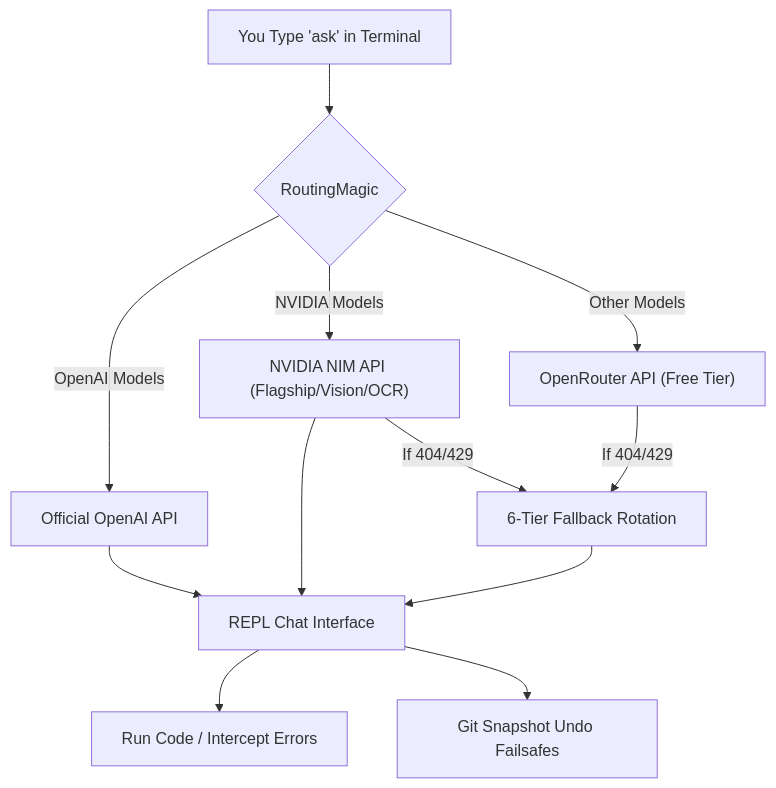
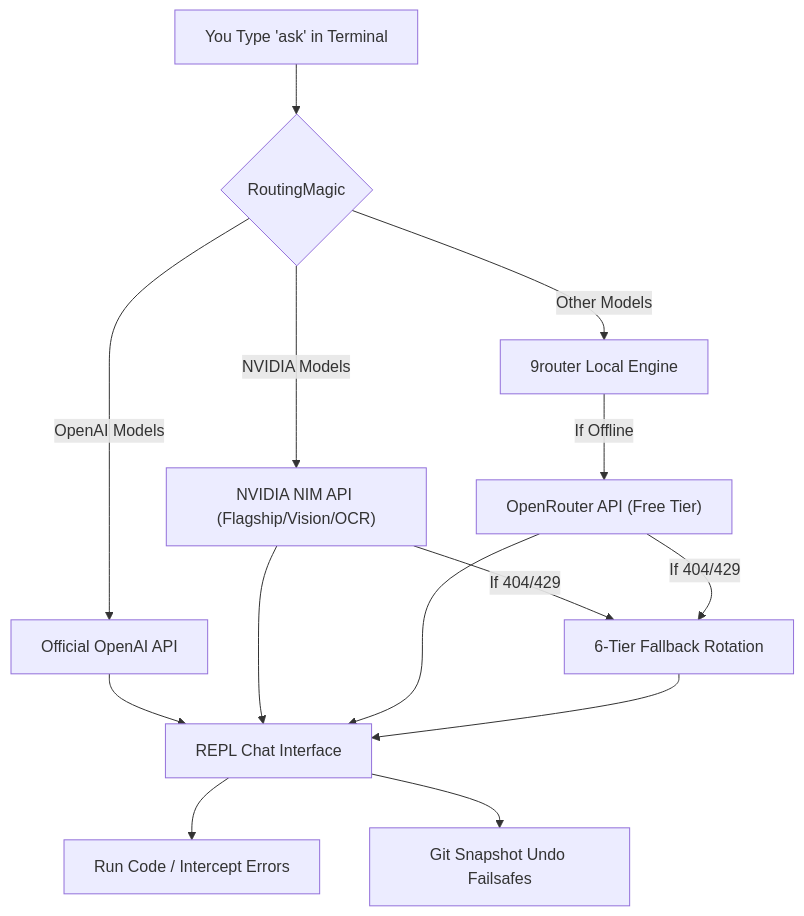
Before and after one commit to prakharmishra2026/RoutingMagic: the diagram in README.md, drawn with Mermaid.

Commit message:
docs: restore 9router to architecture diagram

````diff
--- a/README.md
+++ b/README.md
@@ -16,14 +16,16 @@
 ```mermaid
 graph TD
     A[You Type 'ask' in Terminal] --> B{RoutingMagic}
     
     B -->|OpenAI Models| C[Official OpenAI API]
     B -->|NVIDIA Models| D["NVIDIA NIM API (Flagship/Vision/OCR)"]
-    B -->|Other Models| E["OpenRouter API (Free Tier)"]
+    B -->|Other Models| E["9router Local Engine"]
     
-    D & E -->|If 404/429| F[6-Tier Fallback Rotation]
+    E -->|If Offline| F["OpenRouter API (Free Tier)"]
     
-    C & D & F --> G[REPL Chat Interface]
-    G --> H[Run Code / Intercept Errors]
-    G --> I[Git Snapshot Undo Failsafes]
+    D & F -->|If 404/429| G[6-Tier Fallback Rotation]
+    
+    C & D & F & G --> H[REPL Chat Interface]
+    H --> I[Run Code / Intercept Errors]
+    H --> J[Git Snapshot Undo Failsafes]
 ```
````
